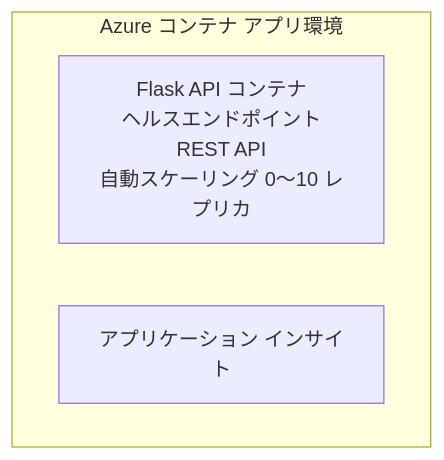
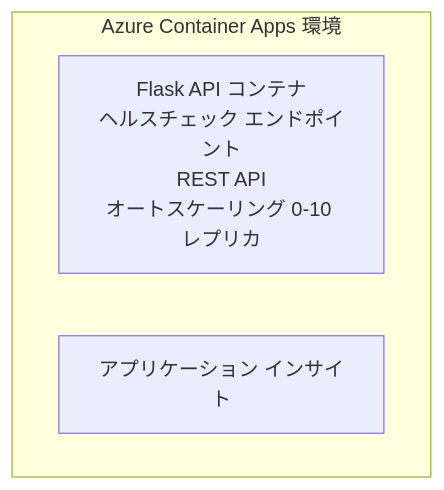
One commit to microsoft/AZD-for-beginners changed the diagram in translations/ja/examples/container-app/simple-flask-api/README.md. Above: the diagram before and after it, drawn with Mermaid. The commit also changed other lines of this file and 104 other files, not shown here.

````diff
--- a/translations/ja/examples/container-app/simple-flask-api/README.md
+++ b/translations/ja/examples/container-app/simple-flask-api/README.md
@@ -26,7 +26,7 @@
 ```mermaid
 graph TD
-    subgraph ACA[Azure コンテナ アプリ環境]
-        Flask[Flask API コンテナ<br/>ヘルスエンドポイント<br/>REST API<br/>自動スケーリング 0〜10 レプリカ]
+    subgraph ACA[Azure Container Apps 環境]
+        Flask[Flask API コンテナ<br/>ヘルスチェック エンドポイント<br/>REST API<br/>オートスケーリング 0-10 レプリカ]
         AppInsights[アプリケーション インサイト]
     end
 ```
````
